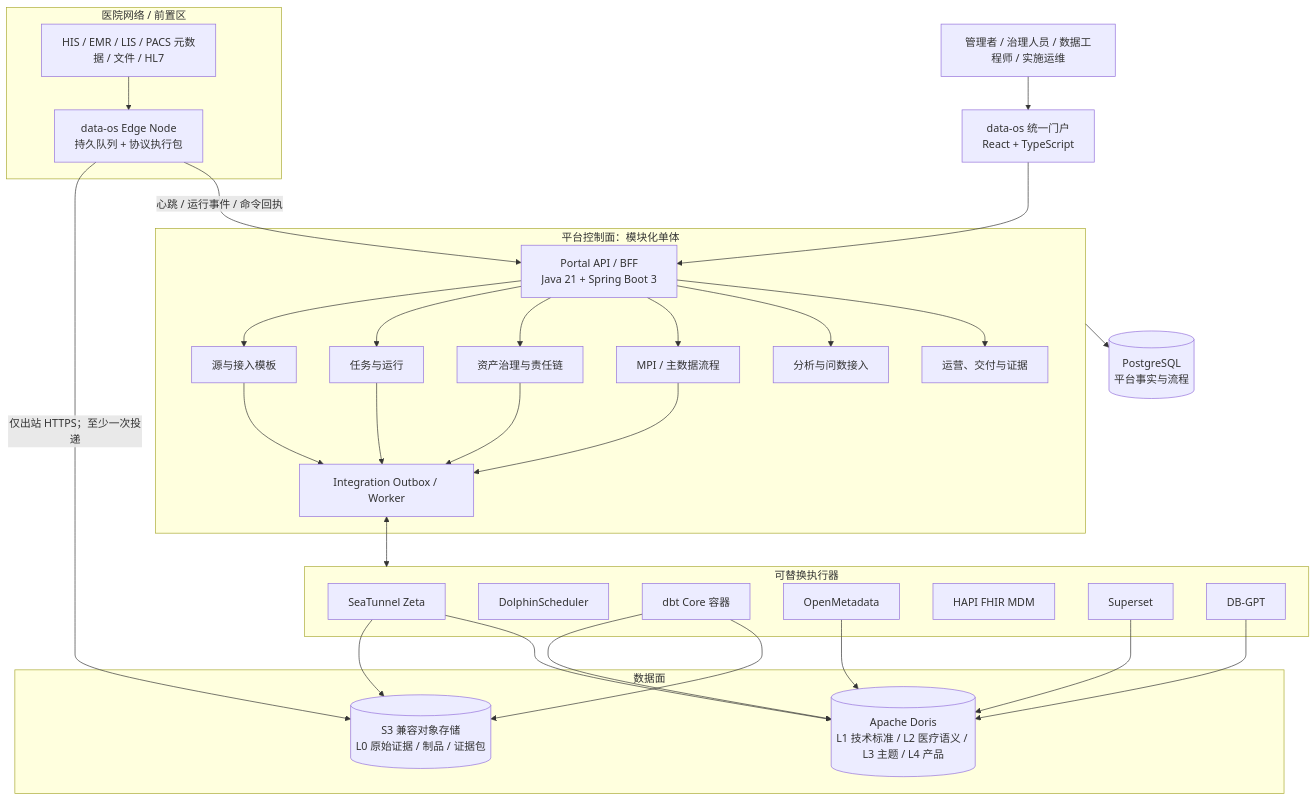
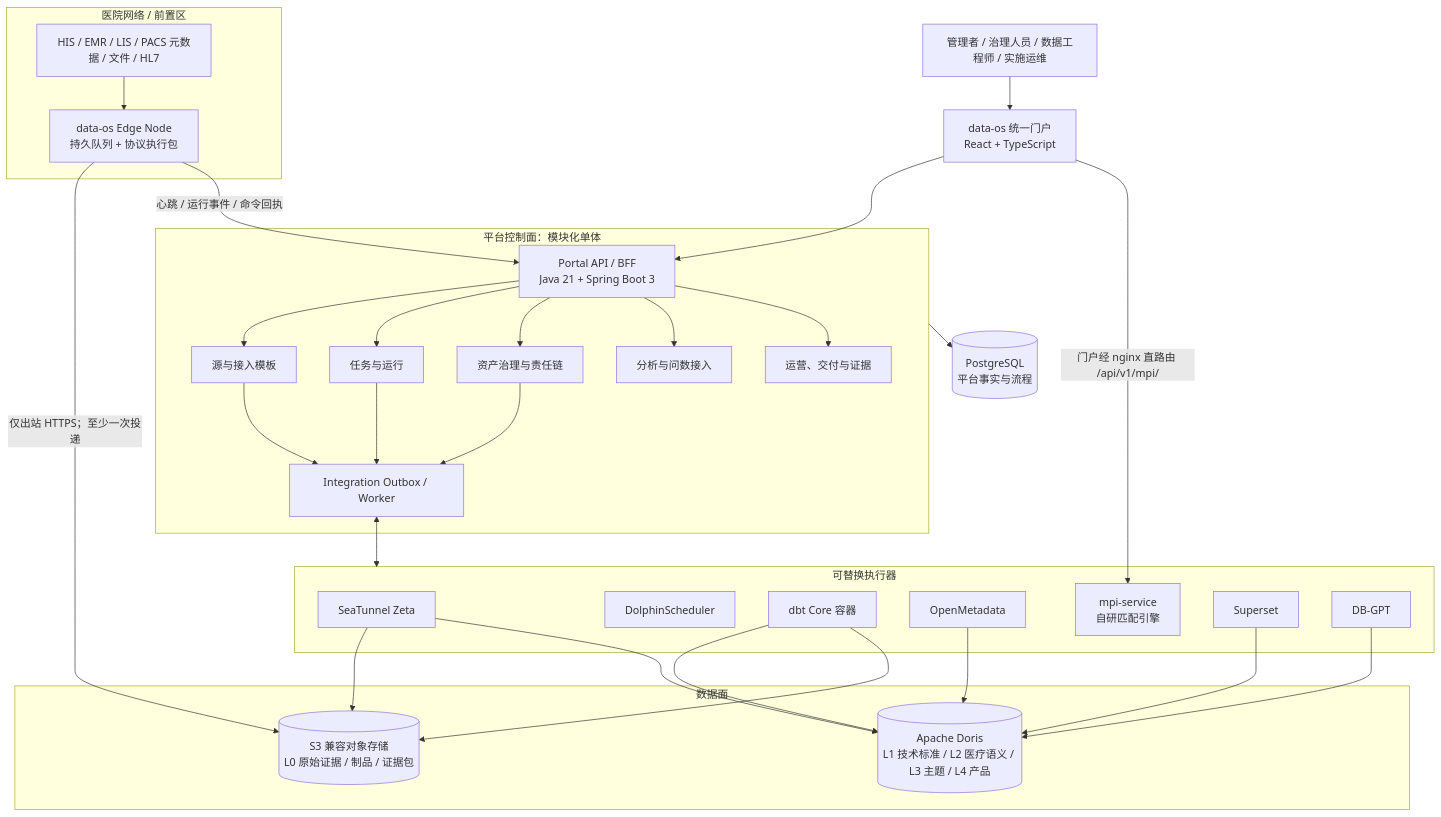
The first of 3 diagrams in docs/technical-architecture.md (wuxiy/data-os), drawn with Mermaid before and after one commit. The commit also changed other lines of this file and 5 other files, not shown here.

Commit message:
docs: leftover corrections from prior session -- evidence shape wording, optional notification health probe, Doris account semantics, mpi-service architecture diagram

````diff
--- a/docs/technical-architecture.md
+++ b/docs/technical-architecture.md
@@ -53,52 +53,51 @@
 ```mermaid
 flowchart TB
     U["管理者 / 治理人员 / 数据工程师 / 实施运维"] --> WEB["data-os 统一门户\nReact + TypeScript"]
     WEB --> BFF["Portal API / BFF\nJava 21 + Spring Boot 3"]
 
     subgraph CP["平台控制面：模块化单体"]
       BFF --> SRC["源与接入模板"]
       BFF --> JOB["任务与运行"]
       BFF --> GOV["资产治理与责任链"]
-      BFF --> MPI["MPI / 主数据流程"]
       BFF --> ANA["分析与问数接入"]
       BFF --> OPS["运营、交付与证据"]
       SRC --> OUTBOX["Integration Outbox / Worker"]
       JOB --> OUTBOX
       GOV --> OUTBOX
-      MPI --> OUTBOX
     end
 
     CPDB[("PostgreSQL\n平台事实与流程")]
     CP --> CPDB
 
     subgraph EX["可替换执行器"]
       ST["SeaTunnel Zeta"]
       DS["DolphinScheduler"]
       DBT["dbt Core 容器"]
       OM["OpenMetadata"]
-      HF["HAPI FHIR MDM"]
+      MS["mpi-service\n自研匹配引擎"]
       SS["Superset"]
       AI["DB-GPT"]
     end
     OUTBOX <--> EX
+    WEB -->|"门户经 nginx 直路由 /api/v1/mpi/"| MS
 
     subgraph DP["数据面"]
       S3[("S3 兼容对象存储\nL0 原始证据 / 制品 / 证据包")]
       DORIS[("Apache Doris\nL1 技术标准 / L2 医疗语义 / L3 主题 / L4 产品")]
     end
     ST --> S3
     ST --> DORIS
     DBT --> DORIS
     DBT --> S3
     OM --> DORIS
     SS --> DORIS
     AI --> DORIS
 
     subgraph EDGE["医院网络 / 前置区"]
       SYS["HIS / EMR / LIS / PACS 元数据 / 文件 / HL7"]
       EN["data-os Edge Node\n持久队列 + 协议执行包"]
       SYS --> EN
     end
     EN -->|"仅出站 HTTPS；至少一次投递"| S3
     EN -->|"心跳 / 运行事件 / 命令回执"| BFF
 ```
````
